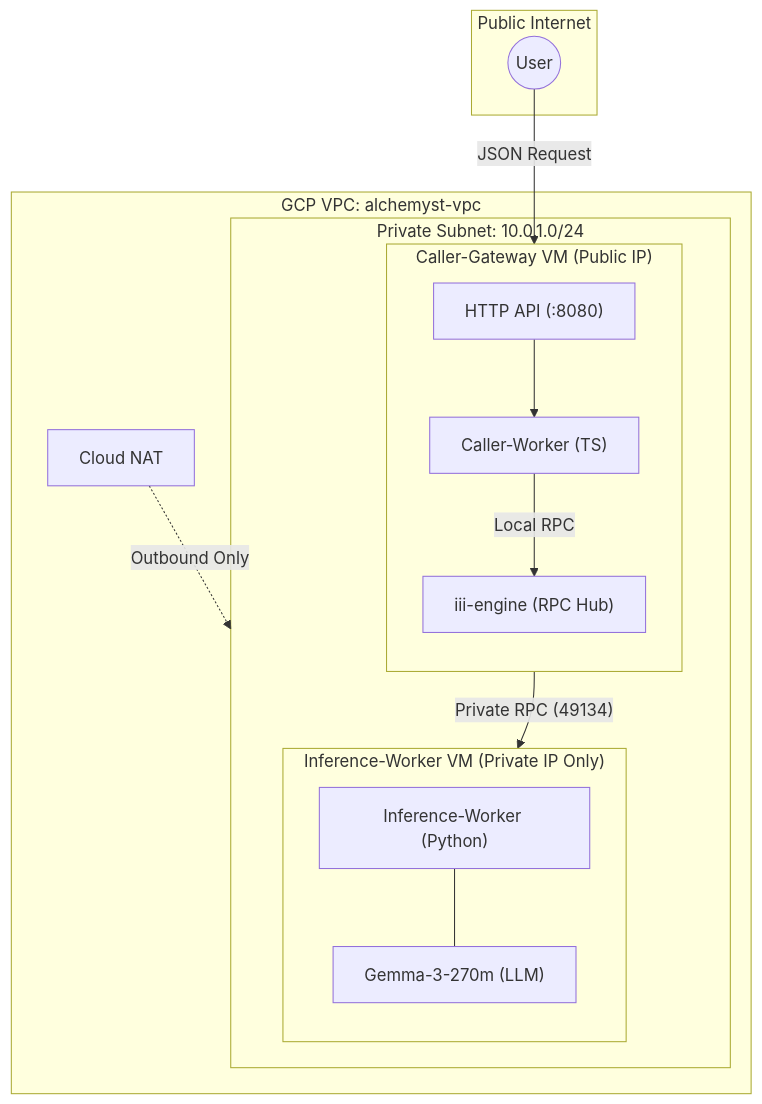
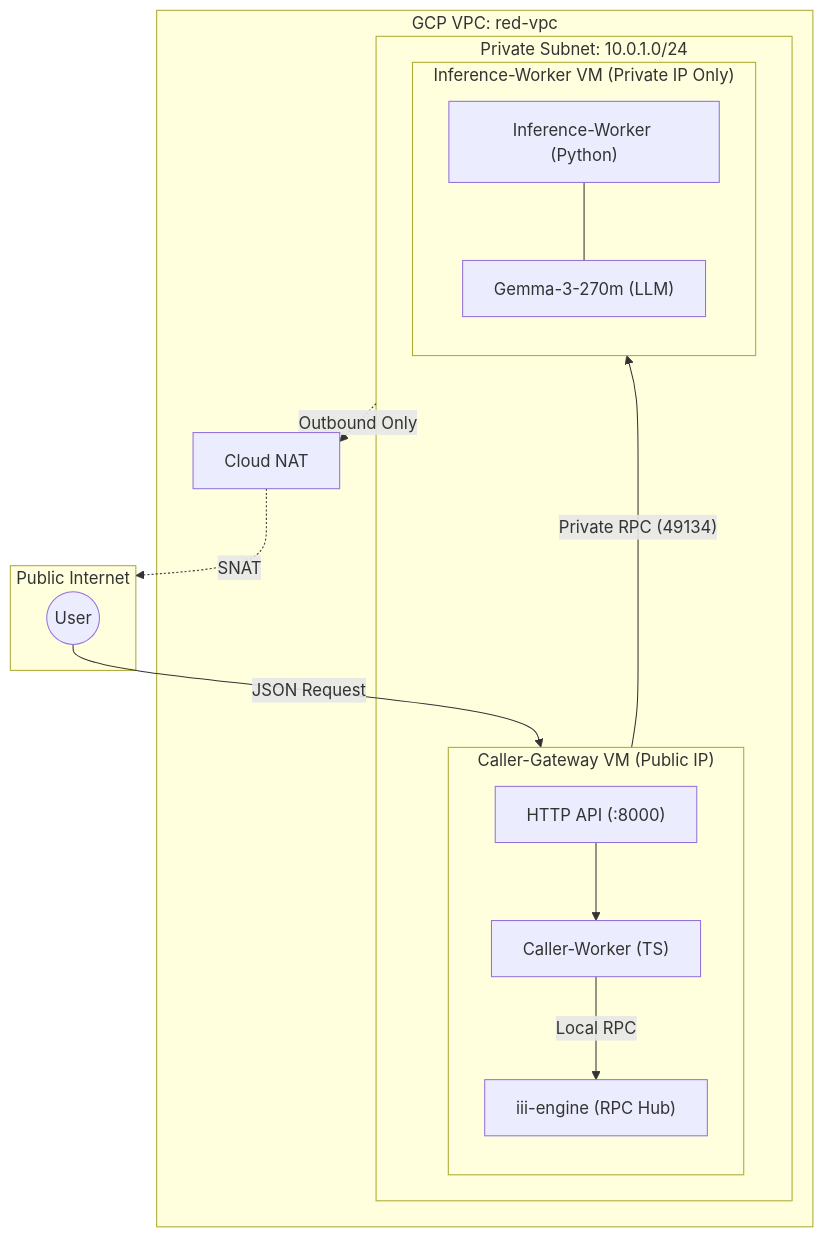
Before and after one commit to daschinmoy21/infra: the diagram in README.md, drawn with Mermaid.

````diff
--- a/README.md
+++ b/README.md
@@ -10,35 +10,37 @@
 ```mermaid
 graph TD
     subgraph Public ["Public Internet"]
         User((User))
     end
 
-    subgraph VPC ["GCP VPC: alchemyst-vpc"]
+    subgraph VPC ["GCP VPC: red-vpc"]
         subgraph Subnet ["Private Subnet: 10.0.1.0/24"]
             
             subgraph GatewayVM ["Caller-Gateway VM (Public IP)"]
                 direction TB
-                API["HTTP API (:8080)"]
+                API["HTTP API (:8000)"]
                 TS["Caller-Worker (TS)"]
                 Hub["iii-engine (RPC Hub)"]
                 
                 API --> TS
                 TS -- "Local RPC" --> Hub
             end
 
             subgraph InferenceVM ["Inference-Worker VM (Private IP Only)"]
                 direction TB
                 Py["Inference-Worker (Python)"]
                 Model["Gemma-3-270m (LLM)"]
                 
                 Py --- Model
             end
 
             Hub -- "Private RPC (49134)" --> Py
         end
 
-        NAT["Cloud NAT"] -. "Outbound Only" .-> Subnet
+        NAT["Cloud NAT"]
+        Subnet -. "Outbound Only" .-> NAT
     end
 
     User -- "JSON Request" --> API
+    NAT -. "SNAT" .-> Public
 ```
````
